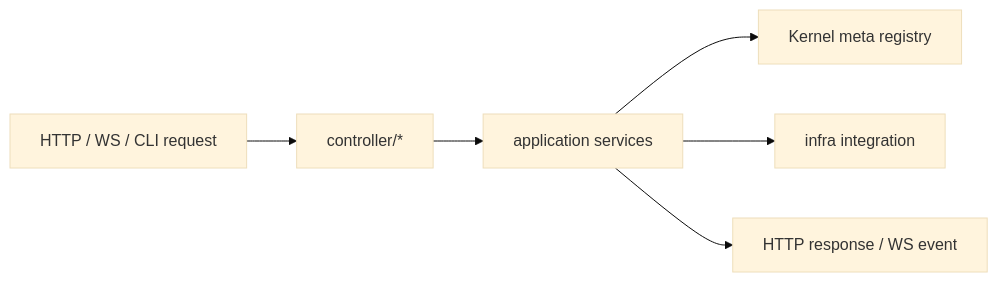
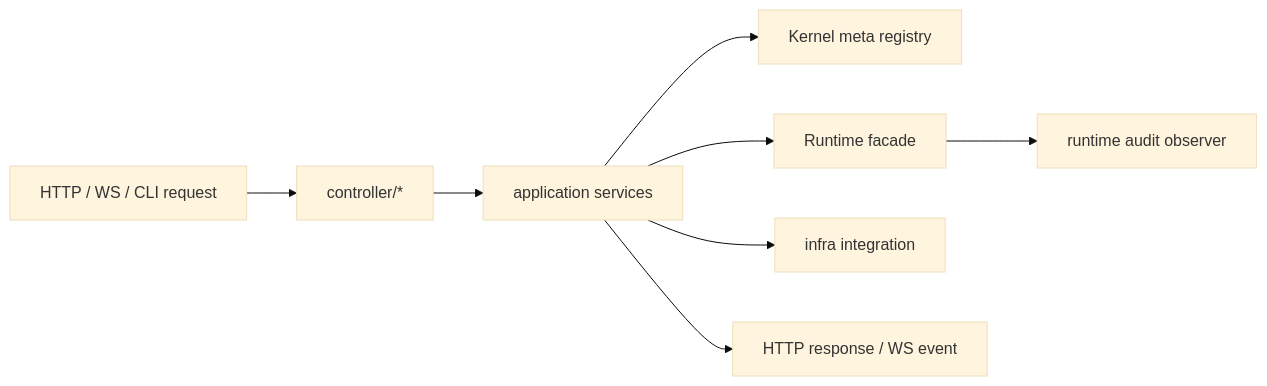
Before and after one commit to zhongmiao-org/meta-lc-platform: the diagram in packages/bff/README.md, drawn with Mermaid (base theme). The commit also changed other lines of this file and 35 other files, not shown here.

Commit message:
feat(audit): add runtime observability events (#114)

````diff
--- a/packages/bff/README.md
+++ b/packages/bff/README.md
@@ -89,8 +91,10 @@
 ```mermaid
 flowchart LR
   Http["HTTP / WS / CLI request"] --> Entry["controller/*"]
   Entry --> App["application services"]
   App --> Kernel["Kernel meta registry"]
+  App --> Runtime["Runtime facade"]
   App --> Infra["infra integration"]
+  Runtime --> Audit["runtime audit observer"]
   App --> Response["HTTP response / WS event"]
 ```
````
